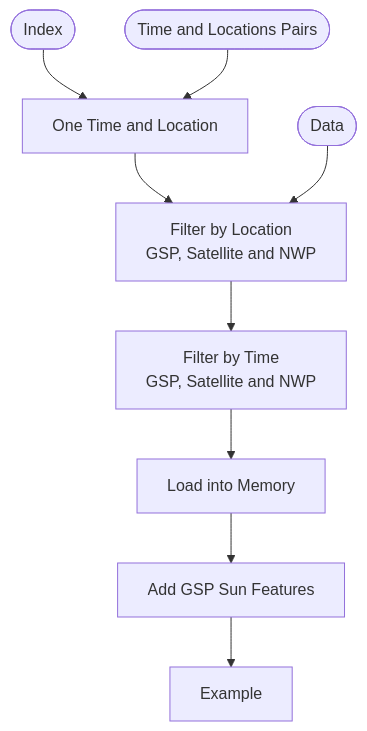
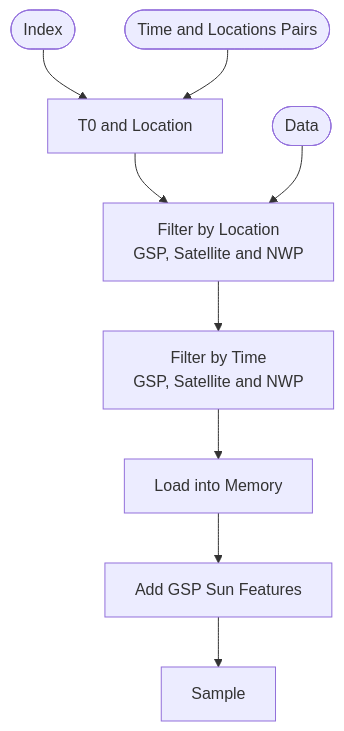
Before and after one commit to openclimatefix/ocf-data-sampler: the second of 2 diagrams in ocf_data_sampler/torch_datasets/Readme.md, drawn with Mermaid. The commit also changed other lines of this file, not shown here.

Commit message:
PR Comment

````diff
--- a/ocf_data_sampler/torch_datasets/Readme.md
+++ b/ocf_data_sampler/torch_datasets/Readme.md
@@ -33,16 +33,16 @@
 ```mermaid
 graph TD
     A0([Index])
     A1([Time and Locations Pairs])
     A0 --> B0
     A1 --> B0
-    B0[One Time and Location]
+    B0[T0 and Location]
     B1([Data])
     B0 --> D0
     B1 --> D0
     D0[Filter by Location \n GSP, Satellite and NWP] --> D1
     D1[Filter by Time \n GSP, Satellite and NWP] --> D2
     D2[Load into Memory] --> E0
     E0[Add GSP Sun Features]
-    E0 --> F[Example]
+    E0 --> F[Sample]
 ```
````
